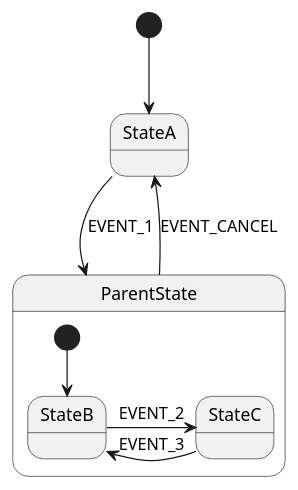
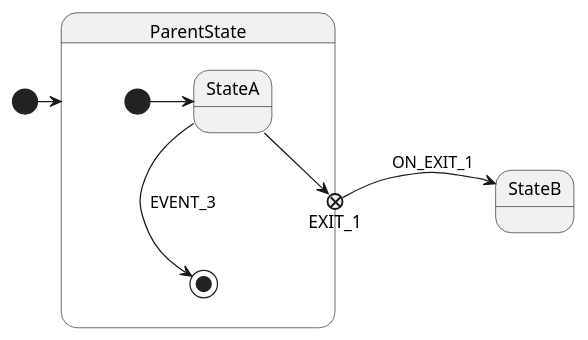
One commit to igor-krechetov/hsmcpp changed the diagram in doc/diagrams/wiki_features_substate.plantuml. Above: the diagram before and after it, drawn with PlantUML. The commit also changed 17 other files, not shown here.

```diff
--- a/doc/diagrams/wiki_features_substate.plantuml
+++ b/doc/diagrams/wiki_features_substate.plantuml
@@ -1,13 +1,15 @@
 @startuml
 
-[*] --> StateA
-StateA --> ParentState: EVENT_1
-ParentState --> StateA: EVENT_CANCEL
+[*] -right-> ParentState
 
 state ParentState {
-    [*] --> StateB
-    StateB -right-> StateC: EVENT_2
-    StateC -left-> StateB: EVENT_3
+    [*] -right-> StateA
+
+    state EXIT_1 <<exitPoint>>
+    StateA -right-> EXIT_1: EVENT_2
+    StateA --> [*]: EVENT_3
 }
 
+EXIT_1 -right-> StateB: ON_EXIT_1
+
 @enduml
```
